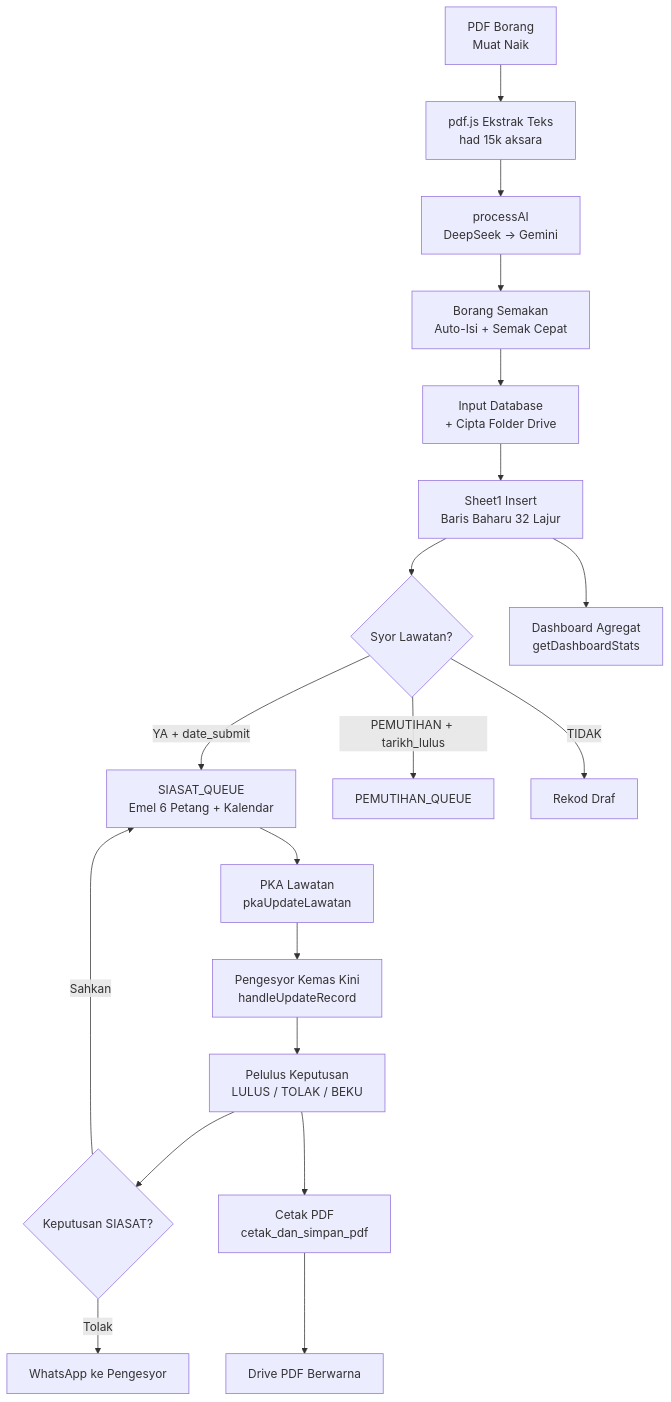
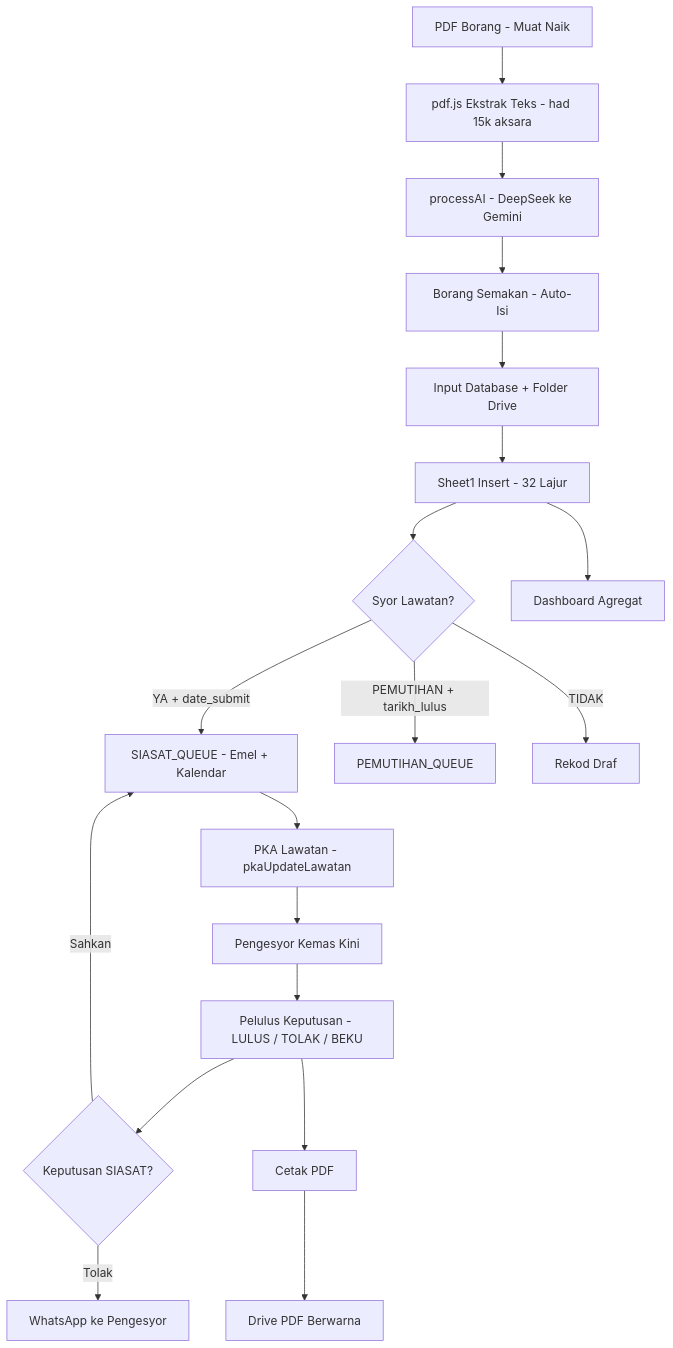
Before and after one commit to SPTB-PKK-HQ/Integrated-System-V1: the second of 2 diagrams in structure.md, drawn with Mermaid. The commit also changed other lines of this file, not shown here.

Commit message:
Docs: baiki sintaks Mermaid structure.md untuk paparan GitHub

````diff
--- a/structure.md
+++ b/structure.md
@@ -204,21 +204,21 @@
 ```mermaid
 flowchart TD
-    A[PDF Borang<br/>Muat Naik] --> B[pdf.js Ekstrak Teks<br/>had 15k aksara]
-    B --> C[processAI<br/>DeepSeek -> Gemini]
-    C --> D[Borang Semakan<br/>Auto-Isi + Semak Cepat]
-    D --> E[Input Database<br/>+ Cipta Folder Drive]
-    E --> F[Sheet1 Insert<br/>Baris Baharu 32 Lajur]
-    F --> G{Syor Lawatan?}
-    G -->|YA + date_submit| H[SIASAT_QUEUE<br/>Emel 6 Petang + Kalendar]
-    G -->|PEMUTIHAN + tarikh_lulus| I[PEMUTIHAN_QUEUE]
-    G -->|TIDAK| J[Rekod Draf]
-    H --> K[PKA Lawatan<br/>pkaUpdateLawatan]
-    K --> L[Pengesyor Kemas Kini<br/>handleUpdateRecord]
-    L --> M[Pelulus Keputusan<br/>LULUS / TOLAK / BEKU]
-    M --> N{Keputusan SIASAT?}
-    N -->|Sahkan| H
-    N -->|Tolak| O[WhatsApp ke Pengesyor]
-    M --> P[Cetak PDF<br/>cetak_dan_simpan_pdf]
-    P --> Q[Drive PDF Berwarna]
-    F --> R[Dashboard Agregat<br/>getDashboardStats]
+    A["PDF Borang - Muat Naik"] --> B["pdf.js Ekstrak Teks - had 15k aksara"]
+    B --> C["processAI - DeepSeek ke Gemini"]
+    C --> D["Borang Semakan - Auto-Isi"]
+    D --> E["Input Database + Folder Drive"]
+    E --> F["Sheet1 Insert - 32 Lajur"]
+    F --> G{"Syor Lawatan?"}
+    G -->|"YA + date_submit"| H["SIASAT_QUEUE - Emel + Kalendar"]
+    G -->|"PEMUTIHAN + tarikh_lulus"| I["PEMUTIHAN_QUEUE"]
+    G -->|"TIDAK"| J["Rekod Draf"]
+    H --> K["PKA Lawatan - pkaUpdateLawatan"]
+    K --> L["Pengesyor Kemas Kini"]
+    L --> M["Pelulus Keputusan - LULUS / TOLAK / BEKU"]
+    M --> N{"Keputusan SIASAT?"}
+    N -->|"Sahkan"| H
+    N -->|"Tolak"| O["WhatsApp ke Pengesyor"]
+    M --> P["Cetak PDF"]
+    P --> Q["Drive PDF Berwarna"]
+    F --> R["Dashboard Agregat"]
 ```
````
